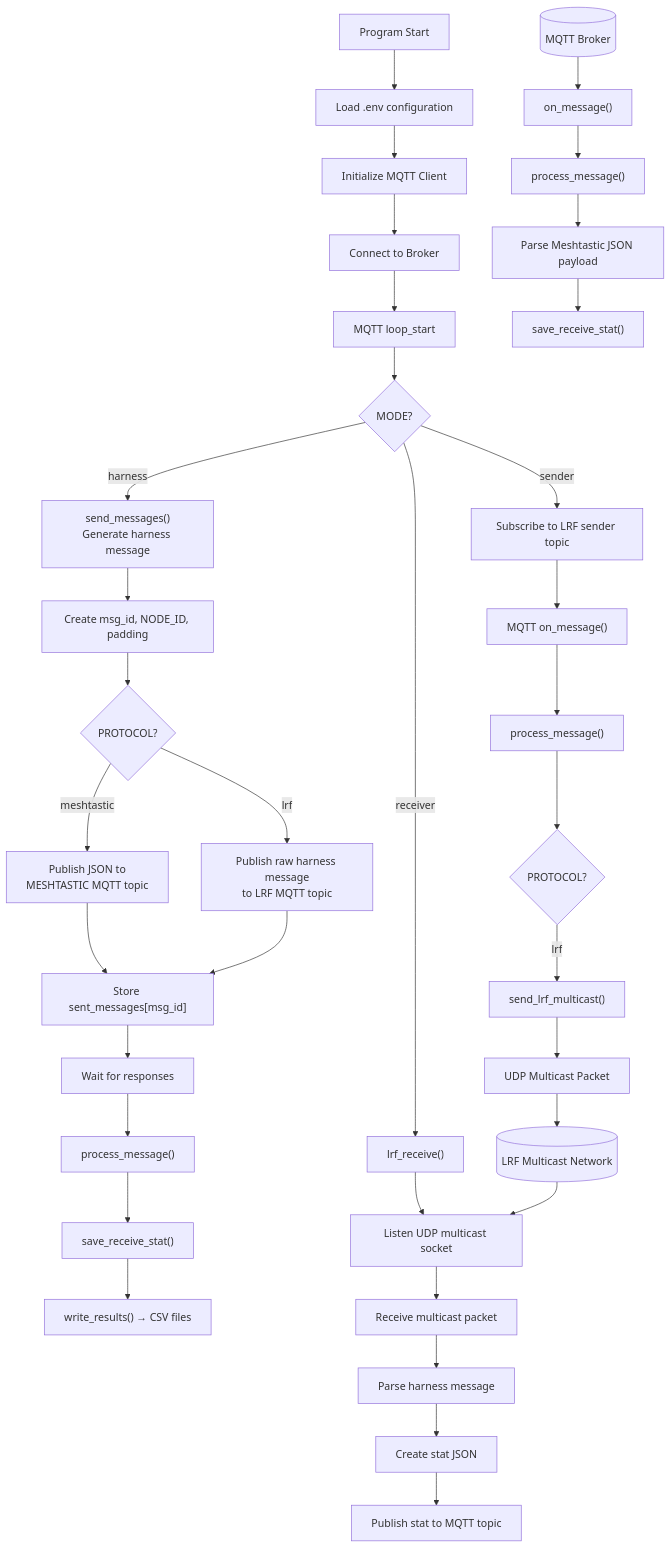
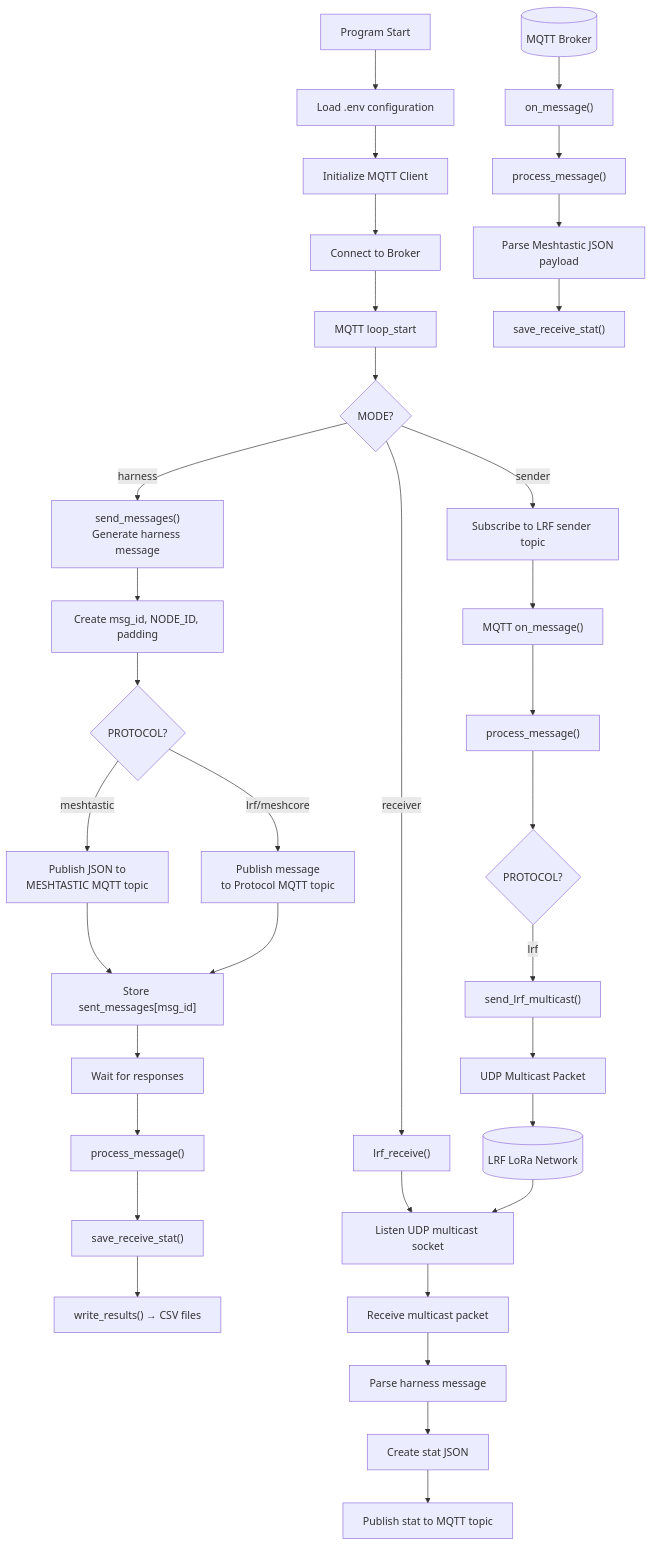
The diagram in README.md (rFronteddu/lora_harness), drawn with Mermaid before and after one commit. The commit also changed other lines of this file and 1 other file, not shown here.

Commit message:
feat: add meshcore, rework readme

````diff
--- a/README.md
+++ b/README.md
@@ -4,62 +14,48 @@
 ```mermaid
 flowchart TD
+    A[Program Start] --> B[Load .env configuration]
+    B --> C[Initialize MQTT Client]
+    C --> D[Connect to Broker]
+    D --> E[MQTT loop_start]
+    E --> F{MODE?}
 
-%% -------------------------
-%% Program Start
-%% -------------------------
-A[Program Start] --> B[Load .env configuration]
-B --> C[Initialize MQTT Client]
-C --> D[Connect to Broker]
-D --> E[MQTT loop_start]
-E --> F{MODE?}
+    %% Harness Mode
+    F -->|harness| H1["send_messages()<br>Generate harness message"]
+    H1 --> H2[Create msg_id, NODE_ID, padding]
+    H2 --> H3{PROTOCOL?}
+    H3 -->|meshtastic| H4["Publish JSON to<br>MESHTASTIC MQTT topic"]
+    H3 -->|lrf/meshcore| H5["Publish message<br>to Protocol MQTT topic"]
+    H4 --> H6["Store sent_messages[msg_id]"]
+    H5 --> H6
+    H6 --> H7[Wait for responses]
+    H7 --> H8["process_message()"]
+    H8 --> H9["save_receive_stat()"]
+    H9 --> H10["write_results() → CSV files"]
 
-%% -------------------------
-%% Harness Mode
-%% -------------------------
-F -->|harness| H1["send_messages()<br>Generate harness message"]
-H1 --> H2[Create msg_id, NODE_ID, padding]
-H2 --> H3{PROTOCOL?}
-H3 -->|meshtastic| H4["Publish JSON to<br>MESHTASTIC MQTT topic"]
-H3 -->|lrf| H5["Publish raw harness message<br>to LRF MQTT topic"]
-H4 --> H6["Store sent_messages[msg_id]"]
-H5 --> H6
-H6 --> H7[Wait for responses]
-H7 --> H8["process_message()"]
-H8 --> H9["save_receive_stat()"]
-H9 --> H10["write_results() → CSV files"]
+    %% Sender Mode
+    F -->|sender| S1[Subscribe to LRF sender topic]
+    S1 --> S2["MQTT on_message()"]
+    S2 --> S3["process_message()"]
+    S3 --> S4{PROTOCOL?}
+    S4 -->|lrf| S5["send_lrf_multicast()"]
+    S5 --> S6[UDP Multicast Packet]
 
-%% -------------------------
-%% Sender Mode
-%% -------------------------
-F -->|sender| S1[Subscribe to LRF sender topic]
-S1 --> S2["MQTT on_message()"]
-S2 --> S3["process_message()"]
-S3 --> S4{PROTOCOL?}
-S4 -->|lrf| S5["send_lrf_multicast()"]
-S5 --> S6[UDP Multicast Packet]
+    %% Receiver Mode
+    F -->|receiver| R1["lrf_receive()"]
+    R1 --> R2[Listen UDP multicast socket]
+    R2 --> R3[Receive multicast packet]
+    R3 --> R4[Parse harness message]
+    R4 --> R5[Create stat JSON]
+    R5 --> R6[Publish stat to MQTT topic]
 
-%% -------------------------
-%% Receiver Mode
-%% -------------------------
-F -->|receiver| R1["lrf_receive()"]
-R1 --> R2[Listen UDP multicast socket]
-R2 --> R3[Receive multicast packet]
-R3 --> R4[Parse harness message]
-R4 --> R5[Create stat JSON]
-R5 --> R6[Publish stat to MQTT topic]
+    %% Meshtastic Receive Path
+    MQTT[(MQTT Broker)]
+    MQTT --> M1["on_message()"]
+    M1 --> M2["process_message()"]
+    M2 --> M3[Parse Meshtastic JSON payload]
+    M3 --> M4["save_receive_stat()"]
 
-%% -------------------------
-%% Meshtastic Receive Path
-%% -------------------------
-MQTT[(MQTT Broker)]
-MQTT --> M1["on_message()"]
-M1 --> M2["process_message()"]
-M2 --> M3[Parse Meshtastic JSON payload]
-M3 --> M4["save_receive_stat()"]
-
-%% -------------------------
-%% Multicast Network
-%% -------------------------
-S6 --> NET[(LRF Multicast Network)]
-NET --> R2
+    %% Network
+    S6 --> NET[(LRF LoRa Network)]
+    NET --> R2
 ```
````
